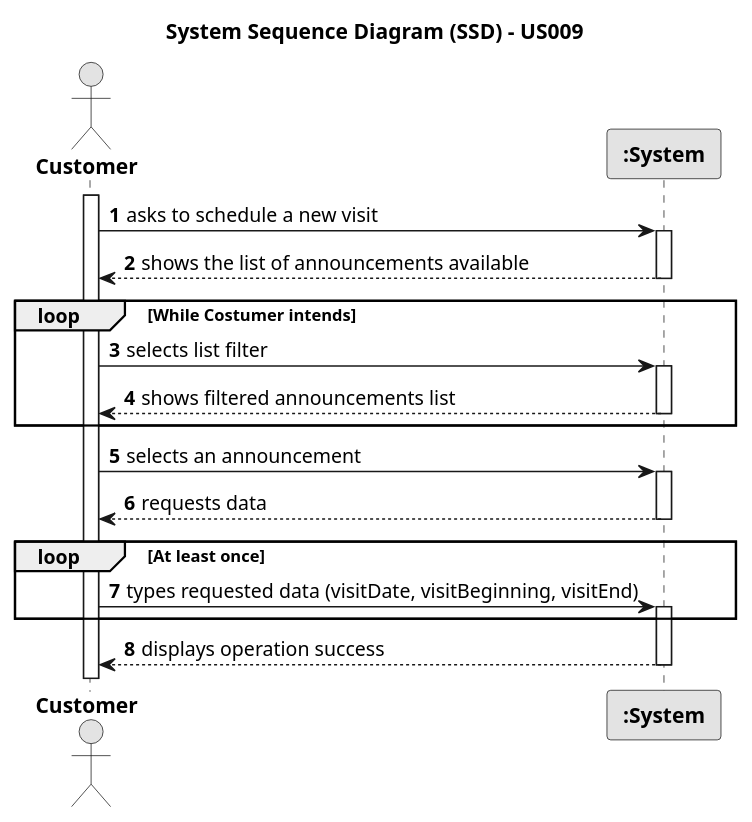
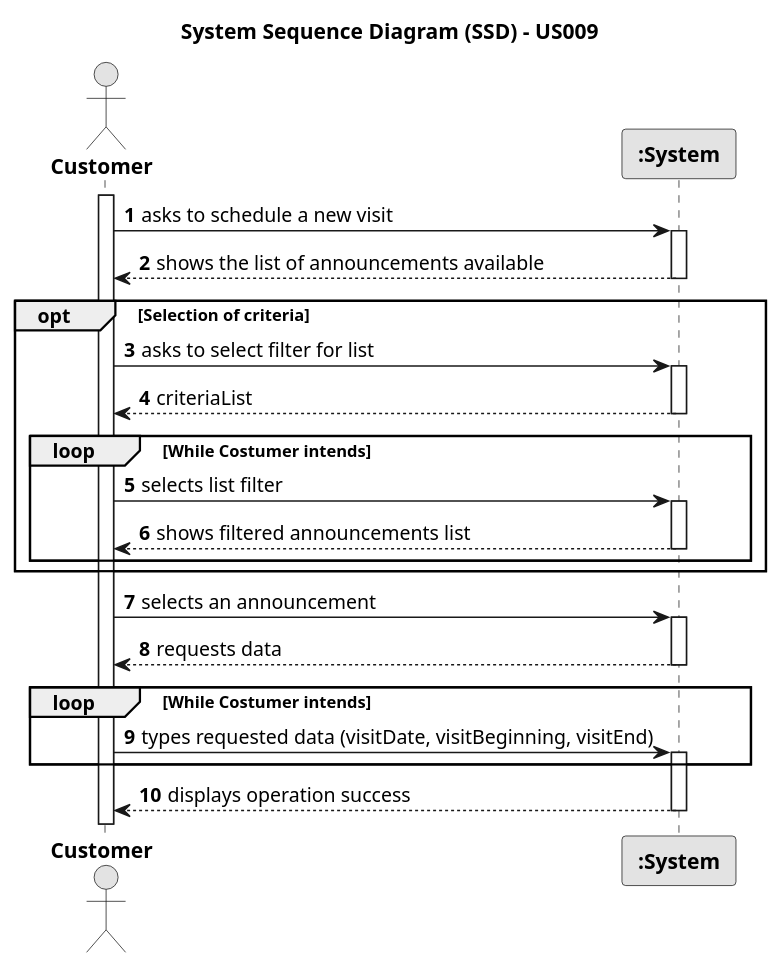
One commit to rita-barbosa/LAPR2-2223 changed the diagram in docs/sprintC/us009/01.requirements-engineering/puml/us009-system-sequence-diagram.puml. Above: the diagram before and after it, drawn with PlantUML. The commit also changed 2 other files, not shown here.

```diff
--- a/docs/sprintC/us009/01.requirements-engineering/puml/us009-system-sequence-diagram.puml
+++ b/docs/sprintC/us009/01.requirements-engineering/puml/us009-system-sequence-diagram.puml
@@ -1,46 +1,56 @@
 @startuml
 skinparam monochrome true
 skinparam packageStyle rectangle
 skinparam shadowing false
 
 title System Sequence Diagram (SSD) - US009
 
 autonumber
 
 actor "<b> Customer </b>" as CTM
 participant "<b> :System </b>" as System
 
 activate CTM
 
     CTM -> System : asks to schedule a new visit
         activate System
 
     System --> CTM : shows the list of announcements available
         deactivate System
 
-    loop While Costumer intends
+    opt Selection of criteria
 
-        CTM -> System : selects list filter
+        CTM -> System : asks to select filter for list
         activate System
 
-            System --> CTM : shows filtered announcements list
+        System --> CTM : criteriaList
         deactivate System
-    end loop
+
+        loop While Costumer intends
+
+            CTM -> System : selects list filter
+            activate System
+
+                System --> CTM : shows filtered announcements list
+            deactivate System
+        end loop
+
+    end opt
 
     CTM -> System : selects an announcement
         activate System
 
     System --> CTM : requests data
         deactivate System
 
-    loop At least once
+    loop While Costumer intends
 
     CTM -> System : types requested data (visitDate, visitBeginning, visitEnd)
         activate System
 
     end loop
 
     System --> CTM : displays operation success
         deactivate System
 
 @enduml
```
